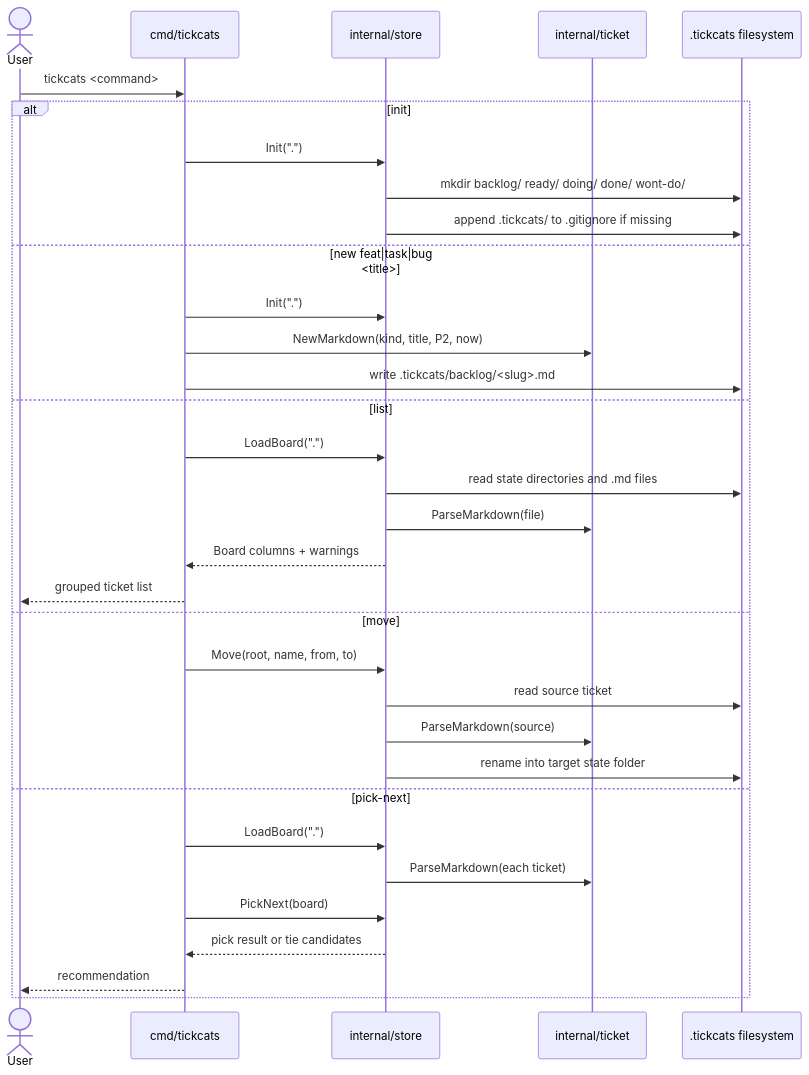
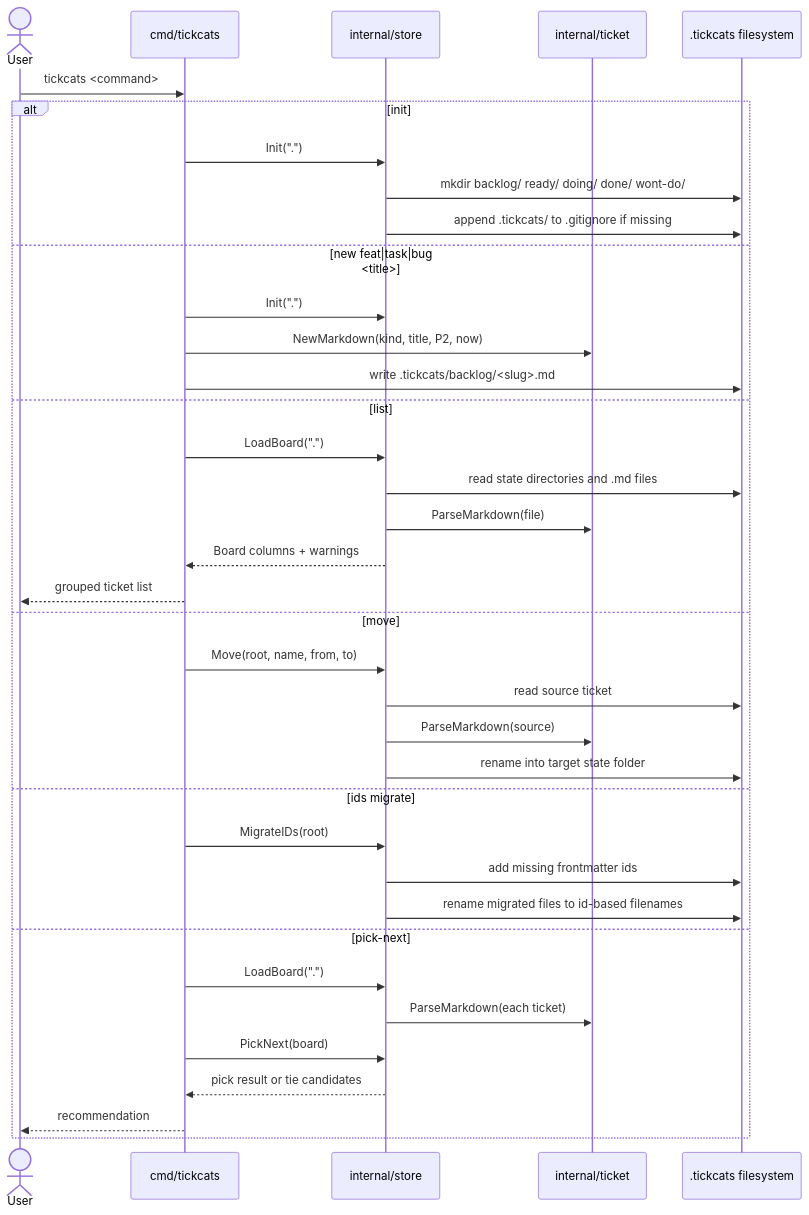
Before and after one commit to dawidsok/tickcats: the fourth of 7 diagrams in docs/architecture.md, drawn with Mermaid. The commit also changed other lines of this file and 16 other files, not shown here.

````diff
--- a/docs/architecture.md
+++ b/docs/architecture.md
@@ -60,36 +60,40 @@
 ```mermaid
 sequenceDiagram
     actor User
     participant CLI as cmd/tickcats
     participant Store as internal/store
     participant Ticket as internal/ticket
     participant FS as .tickcats filesystem
 
     User->>CLI: tickcats <command>
     alt init
         CLI->>Store: Init(".")
         Store->>FS: mkdir backlog/ ready/ doing/ done/ wont-do/
         Store->>FS: append .tickcats/ to .gitignore if missing
     else new feat|task|bug <title>
         CLI->>Store: Init(".")
         CLI->>Ticket: NewMarkdown(kind, title, P2, now)
         CLI->>FS: write .tickcats/backlog/<slug>.md
     else list
         CLI->>Store: LoadBoard(".")
         Store->>FS: read state directories and .md files
         Store->>Ticket: ParseMarkdown(file)
         Store-->>CLI: Board columns + warnings
         CLI-->>User: grouped ticket list
     else move
         CLI->>Store: Move(root, name, from, to)
         Store->>FS: read source ticket
         Store->>Ticket: ParseMarkdown(source)
         Store->>FS: rename into target state folder
+    else ids migrate
+        CLI->>Store: MigrateIDs(root)
+        Store->>FS: add missing frontmatter ids
+        Store->>FS: rename migrated files to id-based filenames
     else pick-next
         CLI->>Store: LoadBoard(".")
         Store->>Ticket: ParseMarkdown(each ticket)
         CLI->>Store: PickNext(board)
         Store-->>CLI: pick result or tie candidates
         CLI-->>User: recommendation
     end
 ```
````
